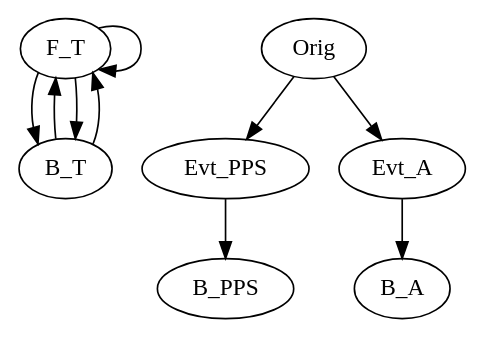
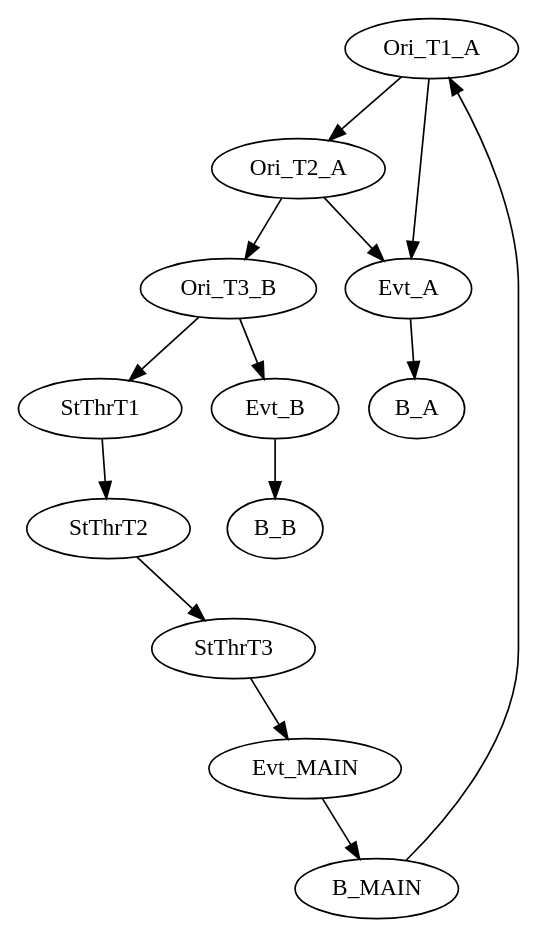
The diagram in modules/ftm/ftmx86/origin.dot (GSI-CS-CO/bel_projects), drawn with Graphviz before and after one commit. The commit also changed 22 other files, not shown here.

```diff
--- a/modules/ftm/ftmx86/origin.dot
+++ b/modules/ftm/ftmx86/origin.dot
@@ -1,37 +1,40 @@
 digraph g {
-name="Origin_test";
+name="Test_Origin_and_Start_Thread";
 
 graph []
 edge  [type="defdst"]
-//node [qLo="1", qHi="1", qIl="1"];
-
-subgraph cpu0 {
-  node  [cpu="0"];
-
-  F_T [type="flow", tvalid="15", vabs="false", prio="0", toffs="456", pattern="B", patentry="true", qty="5"];
-  B_T       [type="block", pattern="B", patexit="1", tperiod=1000000000, qlo="1"];
-  
-  F_T -> B_T -> F_T;
-  F_T -> F_T [type="flowdst"];
-  F_T -> B_T [type="target"];
-  B_T -> F_T [type="altdst"];
-
-}
 
 subgraph cpu1 {
   node  [cpu="1"];
 
-  Orig      [type="origin",  pattern="PPS_TEST", beamproc="B1", patentry="1", bpentry="1", toffs=          234,   thread=7];
-  Evt_PPS   [type="tmsg",  pattern="PPS_TEST", beamproc="B1", patentry="1", bpentry="1", toffs=          235,   fid=1, gid=5, evtno=205, sid=2, bpid=8, par="0x123"];
-  B_PPS     [type="block", pattern="PPS_TEST", beamproc="B3", patexit="1", bpexit="1", tperiod=1000000000, qlo="1"];
-  Evt_A     [type="tmsg",  cpu="1", pattern="A", beamproc="B1", patentry="1", bpentry="1", toffs=          1000,   fid=1, gid=5, evtno=205, sid=2, bpid=8, par="0x456"];
-  B_A       [type="block", cpu="1", pattern="A", beamproc="B3", patexit="1", bpexit="1", tperiod=1000000000, qlo="1"];
-  Orig -> Evt_PPS   -> B_PPS;
+  Ori_T1_A  [type="origin",       pattern="MAIN", patentry="1", toffs=    0,   thread=1];
+  Ori_T2_A  [type="origin",       pattern="MAIN", patentry="0", toffs=    0,   thread=2];
+  Ori_T3_B  [type="origin",       pattern="MAIN", patentry="0", toffs=    0,   thread=3];
+  
+  StThrT1   [type="startthread",  pattern="MAIN", patentry="0", toffs=  235, startoffs=0;       thread=1];
+  StThrT2   [type="startthread",  pattern="MAIN", patentry="0", toffs=  235, startoffs=10000000;  thread=2];
+  StThrT3   [type="startthread",  pattern="MAIN", patentry="0", toffs=10000, startoffs=0;       thread=3];
+  
+  Evt_MAIN  [type="tmsg",         pattern="MAIN", patentry="0", toffs=20000,   fid=1, evtno=1, par="0x01"];
+  B_MAIN    [type="block",        pattern="MAIN", patexit="1",  tperiod=1000000000, qlo="1"];
+  
+  Evt_A     [type="tmsg",         pattern="A", patentry="1", toffs=1000,   fid=1, evtno=2, par="0x02"];
+  B_A       [type="block",        pattern="A", patexit="1", tperiod=100000000, qlo="1"];
+  
+  Evt_B     [type="tmsg",         pattern="B", patentry="1", toffs=0,      fid=1, evtno=3, par="0x03"];
+  B_B       [type="block",        pattern="B", patexit="1", tperiod=100000000, qlo="1"];
+  
+  Ori_T1_A -> Ori_T2_A -> Ori_T3_B -> StThrT1 -> StThrT2 -> StThrT3 -> Evt_MAIN   -> B_MAIN -> Ori_T1_A;
+  
   Evt_A -> B_A;
-  Orig -> Evt_A [type="origindst"];
+  Evt_B -> B_B;
+  
+  Ori_T1_A -> Evt_A [type="origindst"];
+  Ori_T2_A -> Evt_A [type="origindst"];
+  Ori_T3_B -> Evt_B [type="origindst"];
 
 }
 
 
 
 }
```
